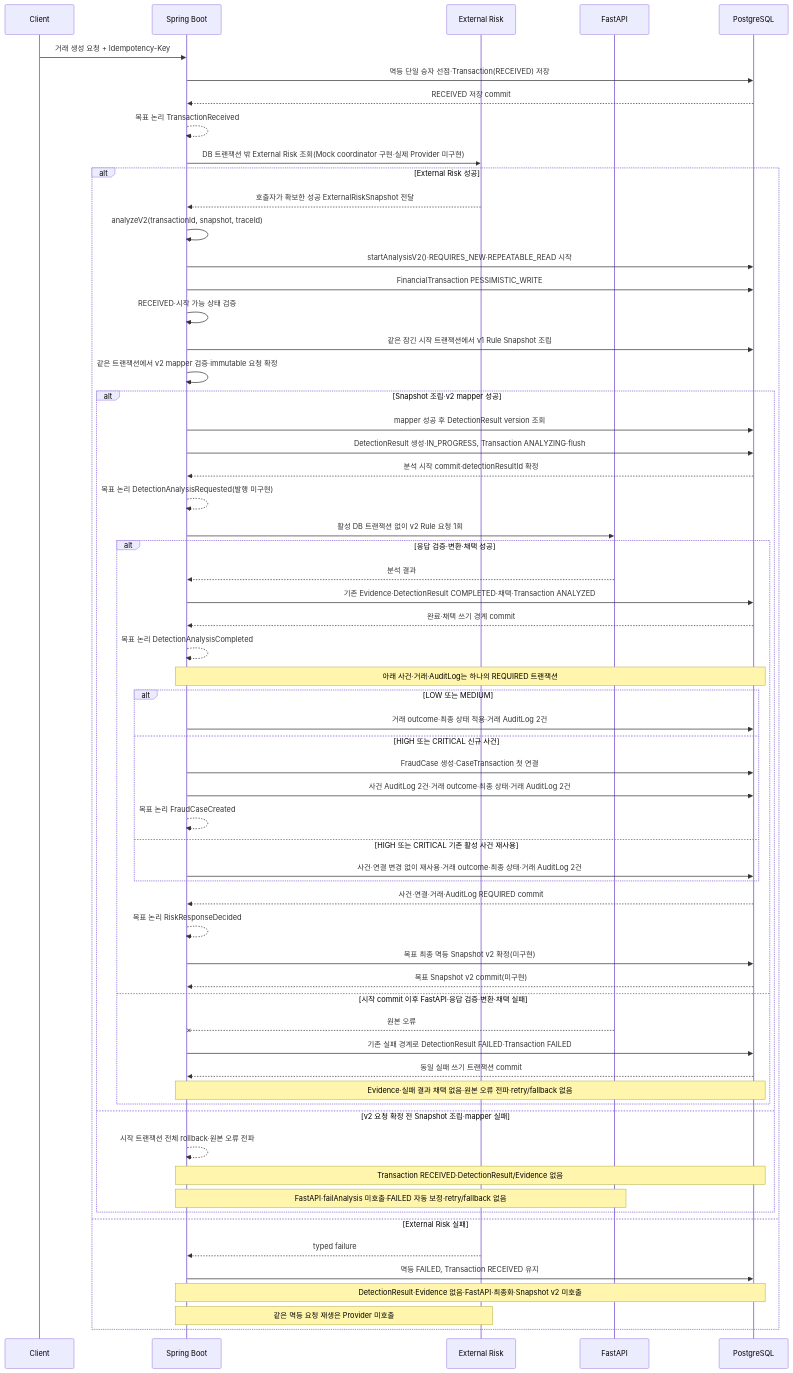
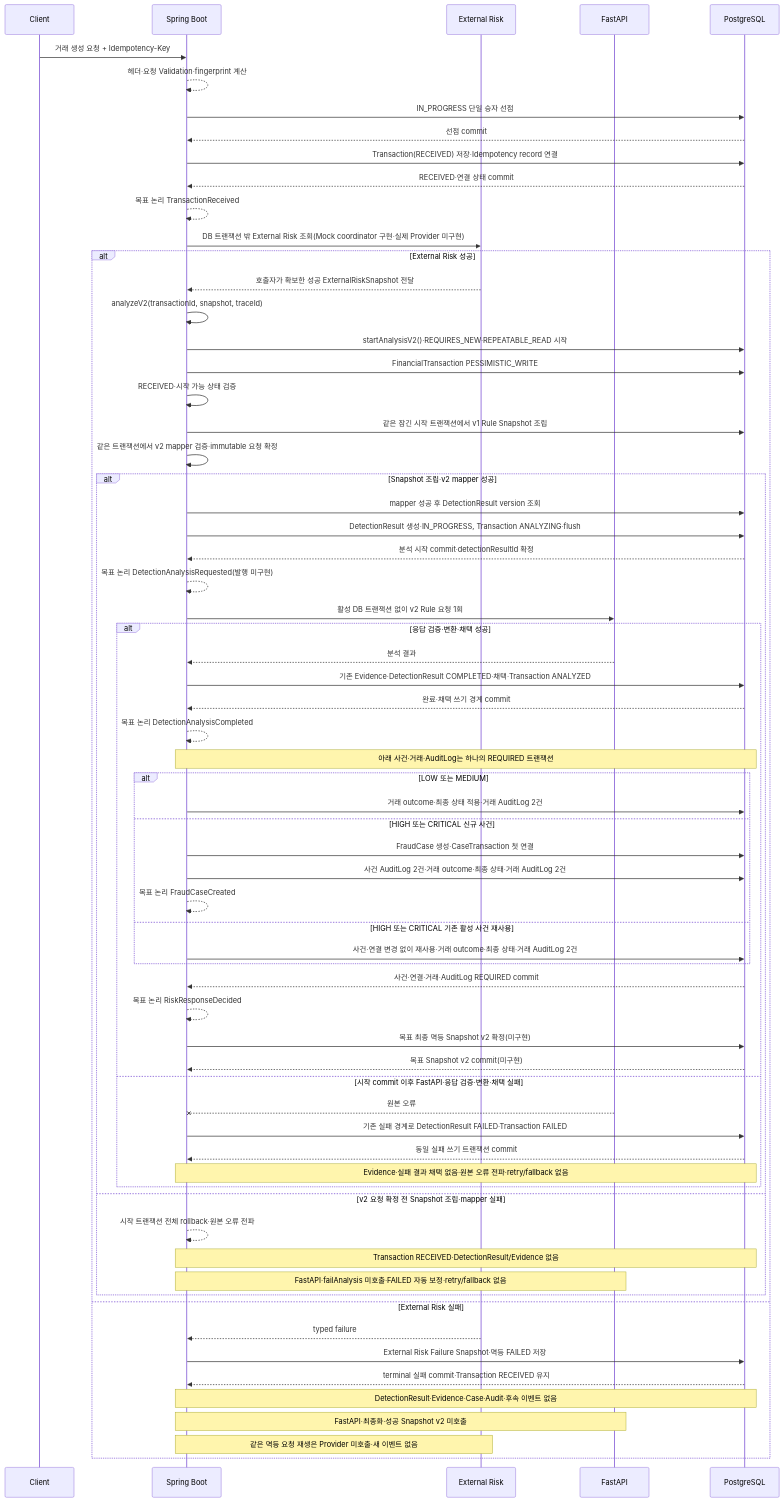
The first of 6 diagrams in docs/03-api/domain-event-contracts.md (Ahnjisan/FinGuardOps), drawn with Mermaid before and after one commit. The commit also changed other lines of this file and 9 other files, not shown here.

Commit message:
docs: External Risk 실패 멱등 재생 계약 확정 (#170)

````diff
--- a/docs/03-api/domain-event-contracts.md
+++ b/docs/03-api/domain-event-contracts.md
@@ -461,64 +463,69 @@
 ```mermaid
 sequenceDiagram
     participant Client
     participant Spring as Spring Boot
     participant Risk as External Risk
     participant FastAPI
     participant DB as PostgreSQL
 
     Client->>Spring: 거래 생성 요청 + Idempotency-Key
-    Spring->>DB: 멱등 단일 승자 선점·Transaction(RECEIVED) 저장
-    DB-->>Spring: RECEIVED 저장 commit
+    Spring-->>Spring: 헤더·요청 Validation·fingerprint 계산
+    Spring->>DB: IN_PROGRESS 단일 승자 선점
+    DB-->>Spring: 선점 commit
+    Spring->>DB: Transaction(RECEIVED) 저장·Idempotency record 연결
+    DB-->>Spring: RECEIVED·연결 상태 commit
     Spring-->>Spring: 목표 논리 TransactionReceived
     Spring->>Risk: DB 트랜잭션 밖 External Risk 조회(Mock coordinator 구현·실제 Provider 미구현)
     alt External Risk 성공
         Risk-->>Spring: 호출자가 확보한 성공 ExternalRiskSnapshot 전달
         Spring->>Spring: analyzeV2(transactionId, snapshot, traceId)
         Spring->>DB: startAnalysisV2()·REQUIRES_NEW·REPEATABLE_READ 시작
         Spring->>DB: FinancialTransaction PESSIMISTIC_WRITE
         Spring->>Spring: RECEIVED·시작 가능 상태 검증
         Spring->>DB: 같은 잠긴 시작 트랜잭션에서 v1 Rule Snapshot 조립
         Spring->>Spring: 같은 트랜잭션에서 v2 mapper 검증·immutable 요청 확정
         alt Snapshot 조립·v2 mapper 성공
             Spring->>DB: mapper 성공 후 DetectionResult version 조회
             Spring->>DB: DetectionResult 생성·IN_PROGRESS, Transaction ANALYZING·flush
             DB-->>Spring: 분석 시작 commit·detectionResultId 확정
             Spring-->>Spring: 목표 논리 DetectionAnalysisRequested(발행 미구현)
             Spring->>FastAPI: 활성 DB 트랜잭션 없이 v2 Rule 요청 1회
             alt 응답 검증·변환·채택 성공
                 FastAPI-->>Spring: 분석 결과
                 Spring->>DB: 기존 Evidence·DetectionResult COMPLETED·채택·Transaction ANALYZED
                 DB-->>Spring: 완료·채택 쓰기 경계 commit
                 Spring-->>Spring: 목표 논리 DetectionAnalysisCompleted
                 Note over Spring,DB: 아래 사건·거래·AuditLog는 하나의 REQUIRED 트랜잭션
                 alt LOW 또는 MEDIUM
                     Spring->>DB: 거래 outcome·최종 상태 적용·거래 AuditLog 2건
                 else HIGH 또는 CRITICAL 신규 사건
                     Spring->>DB: FraudCase 생성·CaseTransaction 첫 연결
                     Spring->>DB: 사건 AuditLog 2건·거래 outcome·최종 상태·거래 AuditLog 2건
                     Spring-->>Spring: 목표 논리 FraudCaseCreated
                 else HIGH 또는 CRITICAL 기존 활성 사건 재사용
                     Spring->>DB: 사건·연결 변경 없이 재사용·거래 outcome·최종 상태·거래 AuditLog 2건
                 end
                 DB-->>Spring: 사건·연결·거래·AuditLog REQUIRED commit
                 Spring-->>Spring: 목표 논리 RiskResponseDecided
                 Spring->>DB: 목표 최종 멱등 Snapshot v2 확정(미구현)
                 DB-->>Spring: 목표 Snapshot v2 commit(미구현)
             else 시작 commit 이후 FastAPI·응답 검증·변환·채택 실패
                 FastAPI--xSpring: 원본 오류
                 Spring->>DB: 기존 실패 경계로 DetectionResult FAILED·Transaction FAILED
                 DB-->>Spring: 동일 실패 쓰기 트랜잭션 commit
                 Note over Spring,DB: Evidence·실패 결과 채택 없음·원본 오류 전파·retry/fallback 없음
             end
         else v2 요청 확정 전 Snapshot 조립·mapper 실패
             Spring-->>Spring: 시작 트랜잭션 전체 rollback·원본 오류 전파
             Note over Spring,DB: Transaction RECEIVED·DetectionResult/Evidence 없음
             Note over Spring,FastAPI: FastAPI·failAnalysis 미호출·FAILED 자동 보정·retry/fallback 없음
         end
     else External Risk 실패
         Risk-->>Spring: typed failure
-        Spring->>DB: 멱등 FAILED, Transaction RECEIVED 유지
-        Note over Spring,DB: DetectionResult·Evidence 없음·FastAPI·최종화·Snapshot v2 미호출
-        Note over Spring,Risk: 같은 멱등 요청 재생은 Provider 미호출
+        Spring->>DB: External Risk Failure Snapshot·멱등 FAILED 저장
+        DB-->>Spring: terminal 실패 commit·Transaction RECEIVED 유지
+        Note over Spring,DB: DetectionResult·Evidence·Case·Audit·후속 이벤트 없음
+        Note over Spring,FastAPI: FastAPI·최종화·성공 Snapshot v2 미호출
+        Note over Spring,Risk: 같은 멱등 요청 재생은 Provider 미호출·새 이벤트 없음
     end
 ```
````
